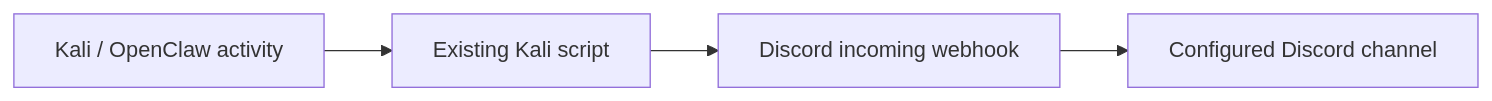
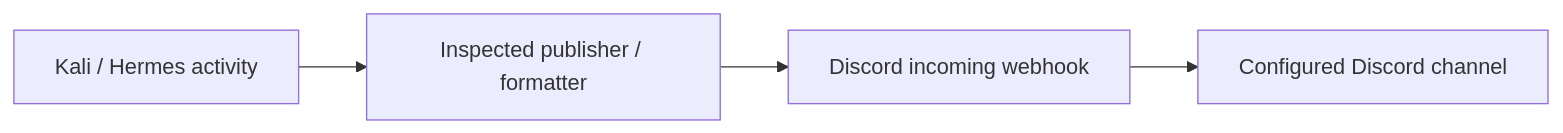
Before and after one commit to des-work/Operation-Claw-and-Order: the first of 2 diagrams in claw-and-order/docs/OPERATION-OPEN-CLAW-INFRASTRUCTURE.md, drawn with Mermaid. The commit also changed other lines of this file and 7 other files, not shown here.

````diff
--- a/claw-and-order/docs/OPERATION-OPEN-CLAW-INFRASTRUCTURE.md
+++ b/claw-and-order/docs/OPERATION-OPEN-CLAW-INFRASTRUCTURE.md
@@ -11,6 +13,6 @@
 ```mermaid
 flowchart LR
-  K[Kali / OpenClaw activity] --> S[Existing Kali script]
+  K[Kali / Hermes activity] --> S[Inspected publisher / formatter]
   S --> W[Discord incoming webhook]
   W --> C[Configured Discord channel]
 ```
````
